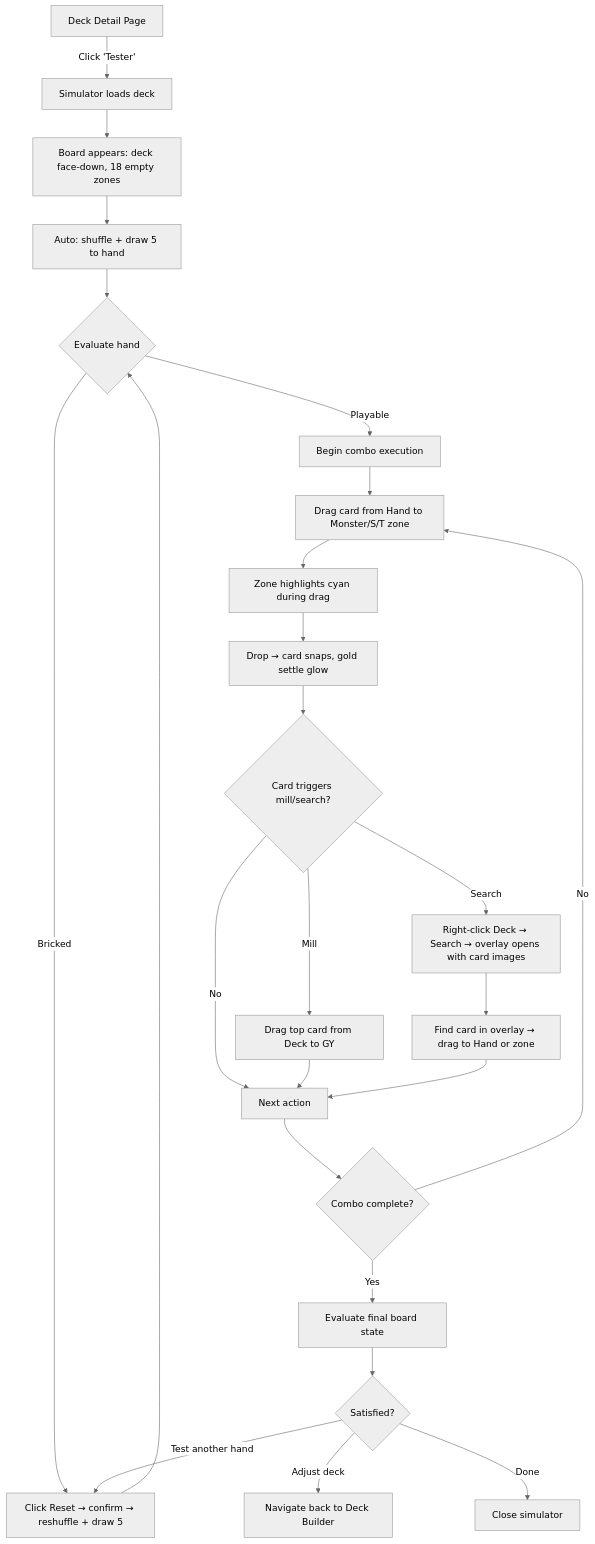
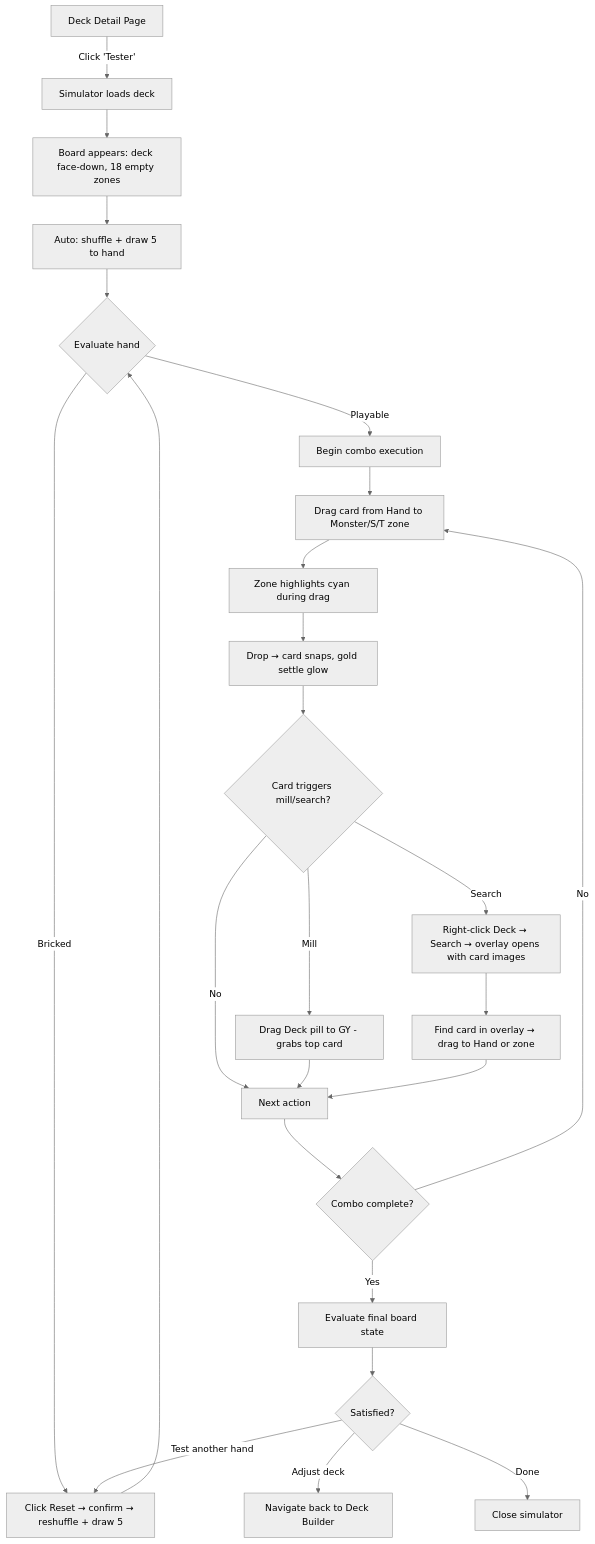
One commit to Sketard/skytrix changed the first of 3 diagrams in _bmad-output/planning-artifacts/ux-design-specification.md. Above: the diagram before and after it, drawn with Mermaid (neutral theme). The commit also changed other lines of this file and 44 other files, not shown here.

````diff
--- a/_bmad-output/planning-artifacts/ux-design-specification.md
+++ b/_bmad-output/planning-artifacts/ux-design-specification.md
@@ -569,27 +579,27 @@
 ```mermaid
 flowchart TD
     A[Deck Detail Page] -->|Click 'Tester'| B[Simulator loads deck]
     B --> C[Board appears: deck face-down, 18 empty zones]
     C --> D[Auto: shuffle + draw 5 to hand]
     D --> E{Evaluate hand}
     E -->|Bricked| F[Click Reset → confirm → reshuffle + draw 5]
     F --> E
     E -->|Playable| G[Begin combo execution]
     G --> H[Drag card from Hand to Monster/S/T zone]
     H --> I[Zone highlights cyan during drag]
     I --> J[Drop → card snaps, gold settle glow]
     J --> K{Card triggers mill/search?}
-    K -->|Mill| L[Drag top card from Deck to GY]
+    K -->|Mill| L[Drag Deck pill to GY - grabs top card]
     K -->|Search| M[Right-click Deck → Search → overlay opens with card images]
     M --> N[Find card in overlay → drag to Hand or zone]
     K -->|No| O[Next action]
     L --> O
     N --> O
     O --> P{Combo complete?}
     P -->|No| H
     P -->|Yes| Q[Evaluate final board state]
     Q --> R{Satisfied?}
     R -->|Test another hand| F
     R -->|Adjust deck| S[Navigate back to Deck Builder]
     R -->|Done| T[Close simulator]
 ```
````
